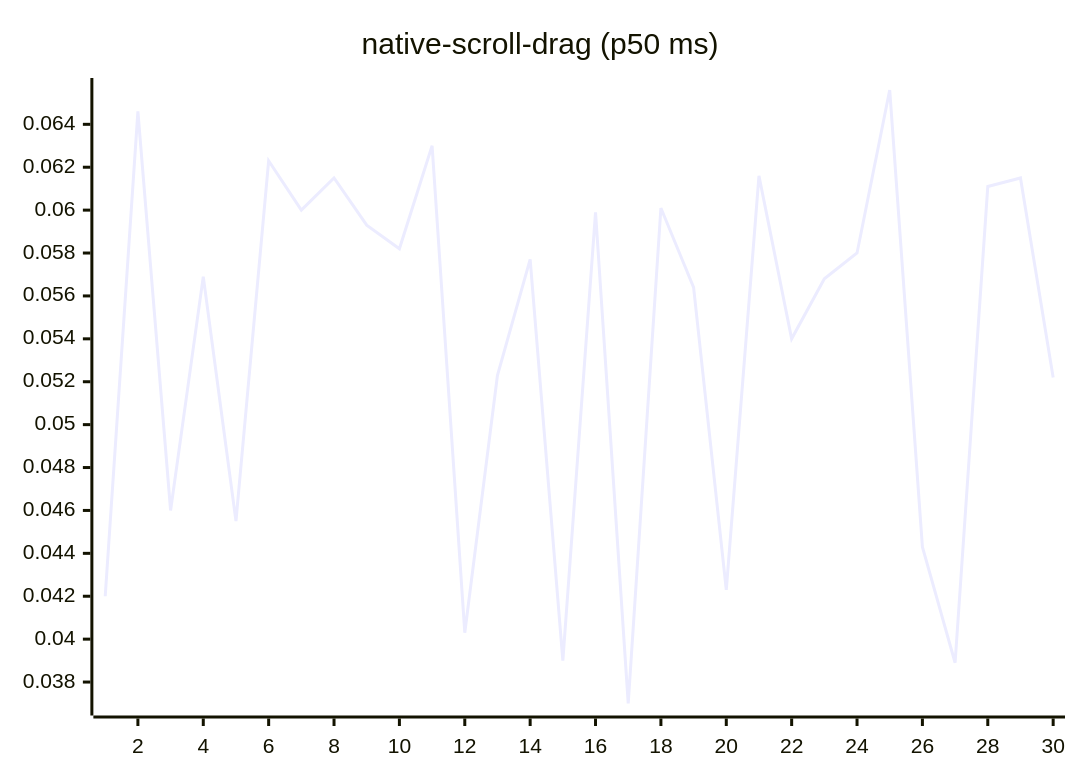
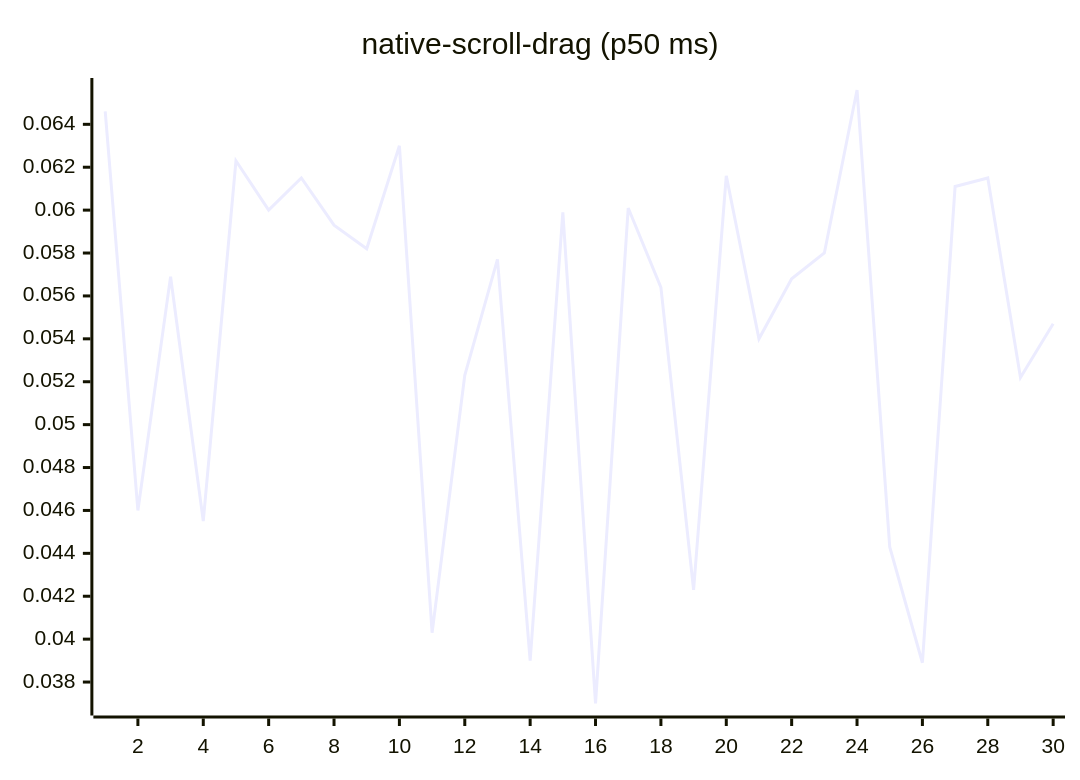
One commit to josha/Facet changed diagram 14 of 27 in README.md. Above: the diagram before and after it, drawn with Mermaid. The commit also changed other lines of this file and 2 other files, not shown here.

````diff
--- a/README.md
+++ b/README.md
@@ -154,6 +154,6 @@
 ```mermaid
 xychart-beta
     title "native-scroll-drag (p50 ms)"
     x-axis 1 --> 30
-    line [0.0420, 0.0646, 0.0460, 0.0569, 0.0455, 0.0623, 0.0600, 0.0615, 0.0593, 0.0582, 0.0630, 0.0403, 0.0523, 0.0577, 0.0390, 0.0599, 0.0370, 0.0601, 0.0564, 0.0423, 0.0616, 0.0540, 0.0568, 0.0580, 0.0656, 0.0443, 0.0389, 0.0611, 0.0615, 0.0522]
+    line [0.0646, 0.0460, 0.0569, 0.0455, 0.0623, 0.0600, 0.0615, 0.0593, 0.0582, 0.0630, 0.0403, 0.0523, 0.0577, 0.0390, 0.0599, 0.0370, 0.0601, 0.0564, 0.0423, 0.0616, 0.0540, 0.0568, 0.0580, 0.0656, 0.0443, 0.0389, 0.0611, 0.0615, 0.0522, 0.0547]
 ```
````
